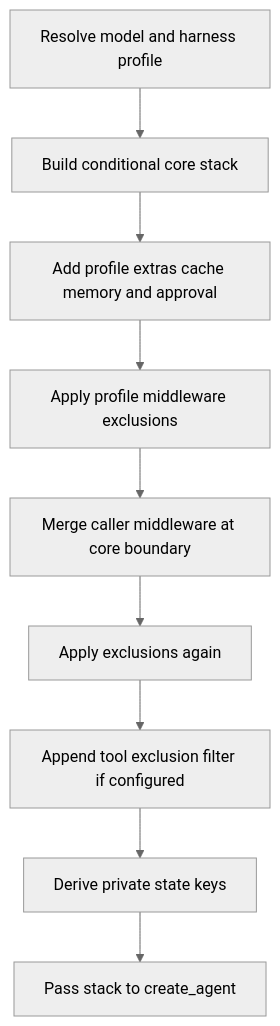
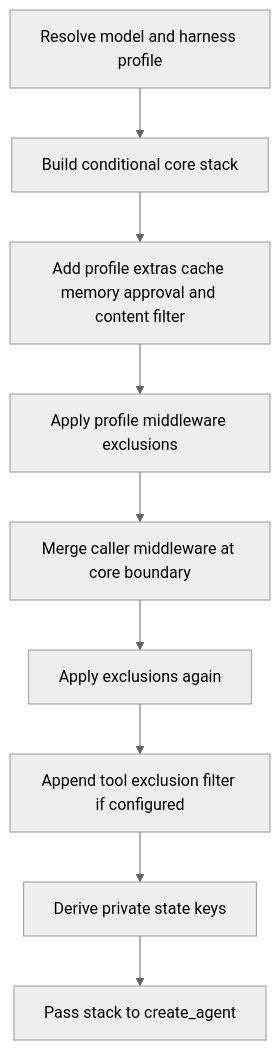
Before and after one commit to langchain-ai/deepagents: the diagram in openwiki/architecture/middleware-stack.md, drawn with Mermaid (neutral theme). The commit also changed other lines of this file and 55 other files, not shown here.

````diff
--- a/openwiki/architecture/middleware-stack.md
+++ b/openwiki/architecture/middleware-stack.md
@@ -43,11 +47,11 @@
 ```mermaid
 flowchart TD
     Resolve["Resolve model and harness profile"] --> Core["Build conditional core stack"]
-    Core --> Tail["Add profile extras cache memory and approval"]
+    Core --> Tail["Add profile extras cache memory approval and content filter"]
     Tail --> FirstFilter["Apply profile middleware exclusions"]
     FirstFilter --> Merge["Merge caller middleware at core boundary"]
     Merge --> SecondFilter["Apply exclusions again"]
     SecondFilter --> ToolFilter["Append tool exclusion filter if configured"]
     ToolFilter --> State["Derive private state keys"]
     State --> Agent["Pass stack to create_agent"]
 ```
````
